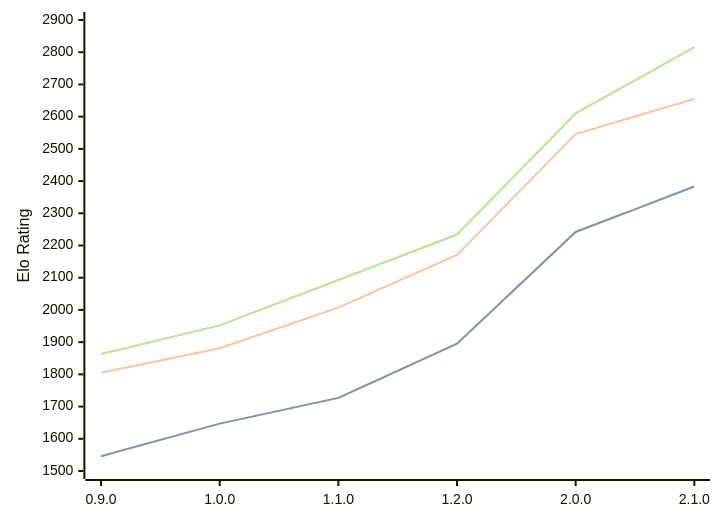
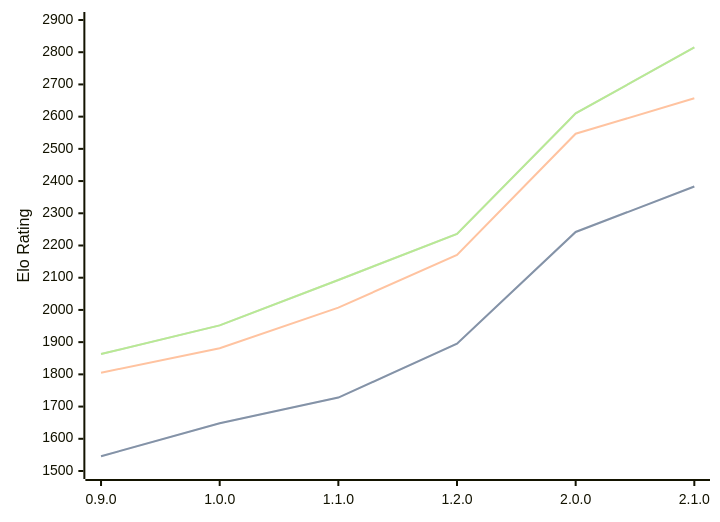
One commit to computer-chess-index/cci changed the diagram in engines/Ratsu.md. Above: the diagram before and after it, drawn with Mermaid. The commit also changed other lines of this file, not shown here.

Commit message:
Update CCI Ratings (ELO VLTC) - 2026-08-27

````diff
--- a/engines/Ratsu.md
+++ b/engines/Ratsu.md
@@ -36,11 +36,11 @@
 ```mermaid
 %%{init: {"theme":"base","themeVariables":{"seriesColors:['#a3a3a3','#222221','#faa371']}}}%%
 xychart-beta
   x-axis ["0.9.0", "1.0.0", "1.1.0", "1.2.0", "2.0.0", "2.1.0"]
   y-axis "Elo Rating" 1500 --> 2900
-  line "STC (8.0+0.08s)" [1546, 1647, 1727, 1895, 2242, 2383]
-  line "STC (8.0+0.08s)" [1546, 1647, 1727, 1895, 2242, 2383]
-  line "LTC (60.0+0.60s)" [1805, 1881, 2007, 2171, 2546, 2655]
-  line "VLTC (2m24s+1.12s)" [1863, 1952, 2093, 2234, 2610, 2816]
-  line "VLTC (2m24s+1.12s)" [1863, 1952, 2093, 2234, 2610, 2816]
+  line "STC (8.0+0.08s)" [1546, 1648, 1728, 1895, 2242, 2383]
+  line "STC (8.0+0.08s)" [1546, 1648, 1728, 1895, 2242, 2383]
+  line "LTC (60.0+0.60s)" [1805, 1881, 2007, 2171, 2547, 2657]
+  line "VLTC (2m24s+1.12s)" [1863, 1952, 2093, 2236, 2610, 2815]
+  line "VLTC (2m24s+1.12s)" [1863, 1952, 2093, 2236, 2610, 2815]
 ```
````
